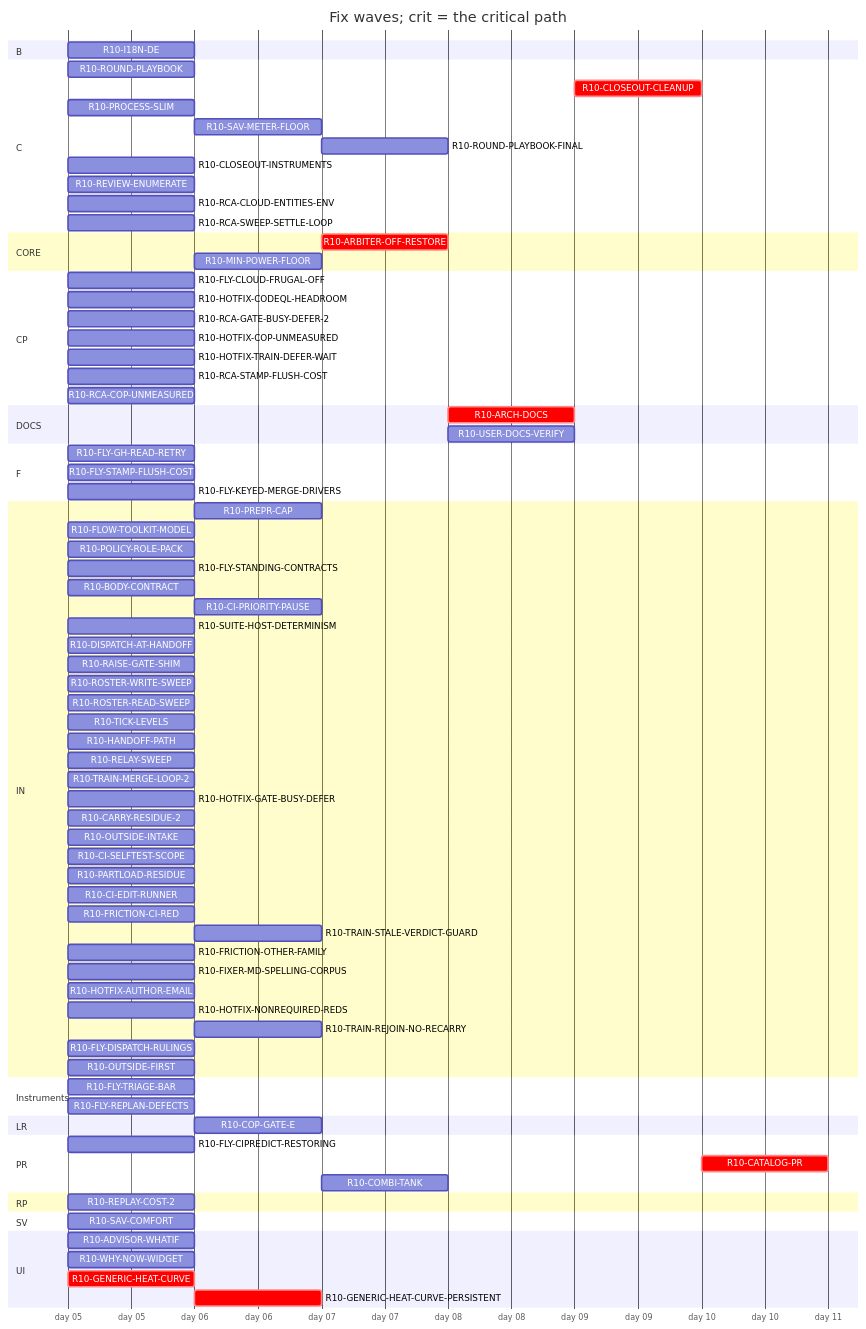
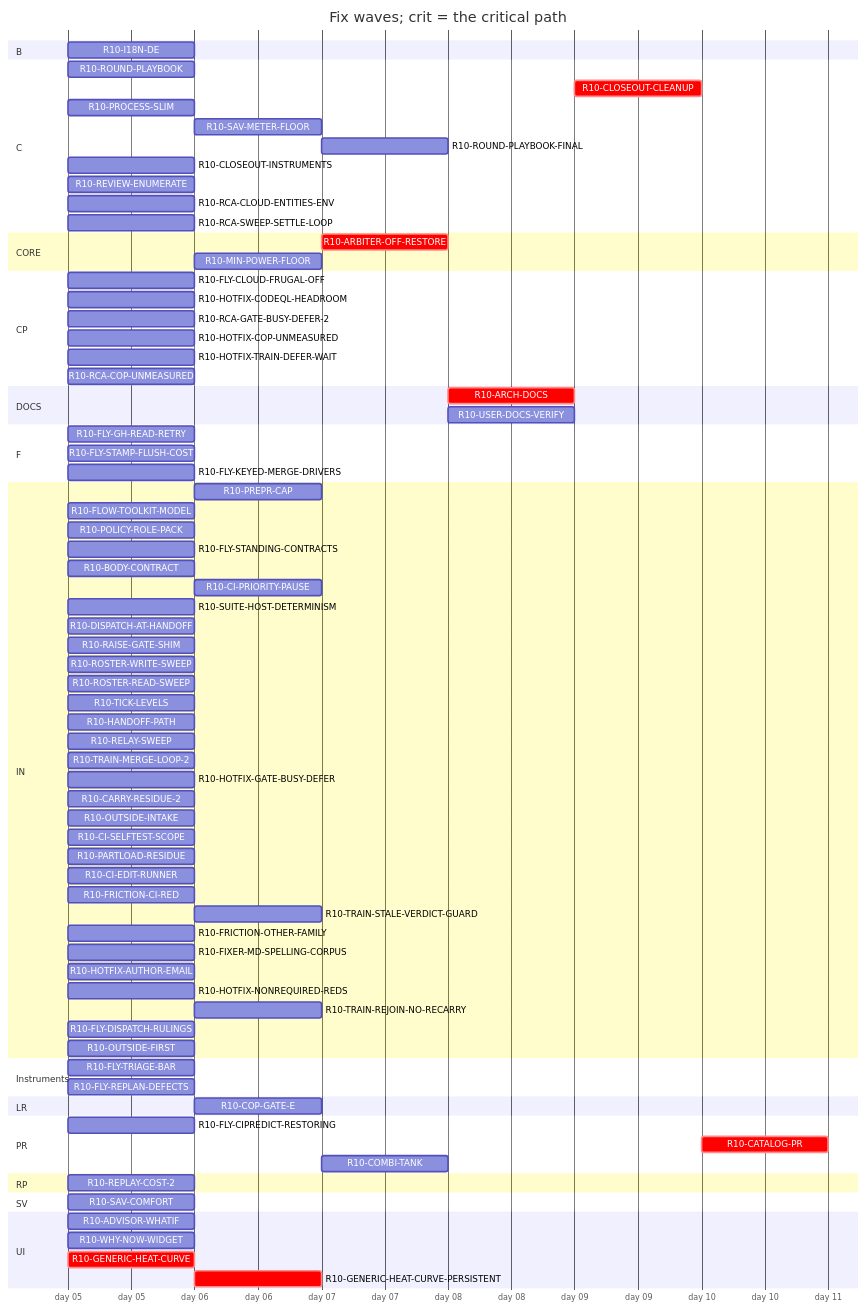
The diagram in handoff/round10/state/PLAN-TABLE.md (tvofi/heatpump_optimizer), drawn with Mermaid before and after one commit. The commit also changed other lines of this file and 3 other files, not shown here.

Commit message:
state: FLOW-BOARD.md, NEXT-SESSION-PROMPT.md, PLAN-TABLE.md, RESUME-CURRENT.md regenerated (state_docs.py)

```diff
--- a/handoff/round10/state/PLAN-TABLE.md
+++ b/handoff/round10/state/PLAN-TABLE.md
@@ -32,7 +32,7 @@
     R10-I18N-DE :r10I18NDE, 2026-01-05, 1d
   section C
     R10-ROUND-PLAYBOOK :r10ROUNDPLAYBOOK, 2026-01-05, 1d
-    R10-CLOSEOUT-CLEANUP :crit, r10CLOSEOUTCLEANUP, after r10ARCHDOCS r10USERDOCSVERIFY r10ROUNDPLAYBOOKFINAL r10CLOSEOUTINSTRUMENTS r10RCAGATEBUSYDEFER2 r10RCASTAMPFLUSHCOST r10RCACOPUNMEASURED r10FRICTIONCIRED r10FRICTIONOTHERFAMILY, 1d
+    R10-CLOSEOUT-CLEANUP :crit, r10CLOSEOUTCLEANUP, after r10ARCHDOCS r10USERDOCSVERIFY r10ROUNDPLAYBOOKFINAL r10CLOSEOUTINSTRUMENTS r10RCAGATEBUSYDEFER2 r10RCACOPUNMEASURED r10FRICTIONCIRED r10FRICTIONOTHERFAMILY, 1d
     R10-PROCESS-SLIM :r10PROCESSSLIM, 2026-01-05, 1d
     R10-SAV-METER-FLOOR :r10SAVMETERFLOOR, after r10SAVCOMFORT, 1d
     R10-ROUND-PLAYBOOK-FINAL :r10ROUNDPLAYBOOKFINAL, after r10PREPRCAP r10HANDOFFPATH r10RELAYSWEEP r10DISPATCHATHANDOFF r10BODYCONTRACT r10TICKLEVELS r10CIPRIORITYPAUSE r10ROSTERWRITESWEEP r10ROSTERREADSWEEP r10FLYSTANDINGCONTRACTS r10POLICYROLEPACK r10FLOWTOOLKITMODEL r10FLYCIPREDICTRESTORING r10RAISEGATESHIM r10FLYGHREADRETRY r10SUITEHOSTDETERMINISM r10ROUNDPLAYBOOK r10PROCESSSLIM r10TRAINMERGELOOP2 r10HOTFIXGATEBUSYDEFER r10CARRYRESIDUE2 r10REPLAYCOST2 r10HOTFIXCODEQLHEADROOM r10OUTSIDEINTAKE r10FLYSTAMPFLUSHCOST r10HOTFIXTRAINDEFERWAIT r10CISELFTESTSCOPE r10CIEDITRUNNER r10TRAINSTALEVERDICTGUARD r10CLOSEOUTINSTRUMENTS r10FRICTIONCIRED r10FRICTIONOTHERFAMILY r10FIXERMDSPELLINGCORPUS, 1d
@@ -49,10 +49,9 @@
     R10-RCA-GATE-BUSY-DEFER-2 :r10RCAGATEBUSYDEFER2, 2026-01-05, 1d
     R10-HOTFIX-COP-UNMEASURED :r10HOTFIXCOPUNMEASURED, 2026-01-05, 1d
     R10-HOTFIX-TRAIN-DEFER-WAIT :r10HOTFIXTRAINDEFERWAIT, 2026-01-05, 1d
-    R10-RCA-STAMP-FLUSH-COST :r10RCASTAMPFLUSHCOST, 2026-01-05, 1d
     R10-RCA-COP-UNMEASURED :r10RCACOPUNMEASURED, 2026-01-05, 1d
   section DOCS
-    R10-ARCH-DOCS :crit, r10ARCHDOCS, after r10SAVCOMFORT r10WHYNOWWIDGET r10ADVISORWHATIF r10PREPRCAP r10HANDOFFPATH r10RELAYSWEEP r10DISPATCHATHANDOFF r10BODYCONTRACT r10TICKLEVELS r10CIPRIORITYPAUSE r10ROSTERWRITESWEEP r10ROSTERREADSWEEP r10FLYSTANDINGCONTRACTS r10POLICYROLEPACK r10FLOWTOOLKITMODEL r10FLYCIPREDICTRESTORING r10RAISEGATESHIM r10FLYGHREADRETRY r10SUITEHOSTDETERMINISM r10PROCESSSLIM r10SAVMETERFLOOR r10HOTFIXCOPUNMEASURED r10COPGATEE r10PARTLOADRESIDUE r10I18NDE r10GENERICHEATCURVE r10GENERICHEATCURVEPERSISTENT r10ARBITEROFFRESTORE r10TRAINMERGELOOP2 r10HOTFIXGATEBUSYDEFER r10CARRYRESIDUE2 r10REPLAYCOST2 r10HOTFIXCODEQLHEADROOM r10OUTSIDEINTAKE r10FLYSTAMPFLUSHCOST r10HOTFIXTRAINDEFERWAIT r10CISELFTESTSCOPE r10CIEDITRUNNER r10TRAINSTALEVERDICTGUARD r10COMBITANK r10CLOSEOUTINSTRUMENTS r10MINPOWERFLOOR r10ROUNDPLAYBOOK r10RCAGATEBUSYDEFER2 r10FRICTIONCIRED r10FRICTIONOTHERFAMILY r10RCASTAMPFLUSHCOST r10RCACOPUNMEASURED, 1d
+    R10-ARCH-DOCS :crit, r10ARCHDOCS, after r10SAVCOMFORT r10WHYNOWWIDGET r10ADVISORWHATIF r10PREPRCAP r10HANDOFFPATH r10RELAYSWEEP r10DISPATCHATHANDOFF r10BODYCONTRACT r10TICKLEVELS r10CIPRIORITYPAUSE r10ROSTERWRITESWEEP r10ROSTERREADSWEEP r10FLYSTANDINGCONTRACTS r10POLICYROLEPACK r10FLOWTOOLKITMODEL r10FLYCIPREDICTRESTORING r10RAISEGATESHIM r10FLYGHREADRETRY r10SUITEHOSTDETERMINISM r10PROCESSSLIM r10SAVMETERFLOOR r10HOTFIXCOPUNMEASURED r10COPGATEE r10PARTLOADRESIDUE r10I18NDE r10GENERICHEATCURVE r10GENERICHEATCURVEPERSISTENT r10ARBITEROFFRESTORE r10TRAINMERGELOOP2 r10HOTFIXGATEBUSYDEFER r10CARRYRESIDUE2 r10REPLAYCOST2 r10HOTFIXCODEQLHEADROOM r10OUTSIDEINTAKE r10FLYSTAMPFLUSHCOST r10HOTFIXTRAINDEFERWAIT r10CISELFTESTSCOPE r10CIEDITRUNNER r10TRAINSTALEVERDICTGUARD r10COMBITANK r10CLOSEOUTINSTRUMENTS r10MINPOWERFLOOR r10ROUNDPLAYBOOK r10RCAGATEBUSYDEFER2 r10FRICTIONCIRED r10FRICTIONOTHERFAMILY r10RCACOPUNMEASURED, 1d
     R10-USER-DOCS-VERIFY :r10USERDOCSVERIFY, after r10SAVCOMFORT r10WHYNOWWIDGET r10ADVISORWHATIF r10SAVMETERFLOOR r10HOTFIXCOPUNMEASURED r10COPGATEE r10PARTLOADRESIDUE r10I18NDE r10GENERICHEATCURVE r10GENERICHEATCURVEPERSISTENT r10ARBITEROFFRESTORE r10COMBITANK r10MINPOWERFLOOR, 1d
   section F
     R10-FLY-GH-READ-RETRY :r10FLYGHREADRETRY, 2026-01-05, 1d
```
